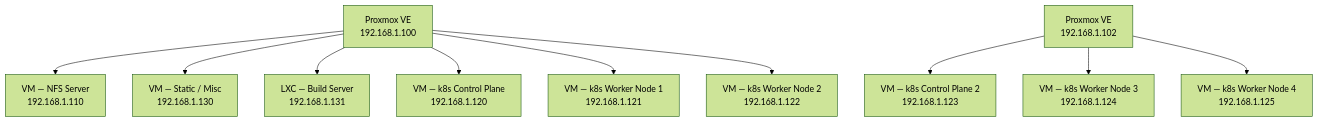
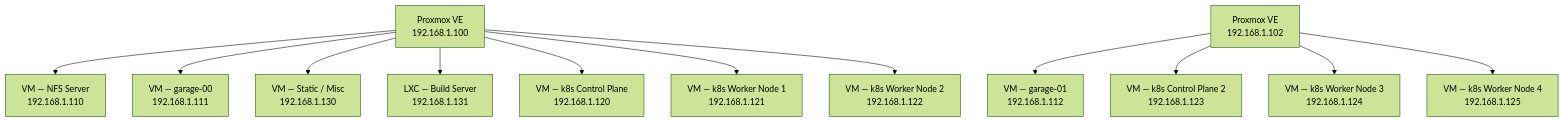
One commit to Ramphy0x90/r16a-infra changed the diagram in servers.md. Above: the diagram before and after it, drawn with Mermaid (forest theme). The commit also changed other lines of this file and 4 other files, not shown here.

````diff
--- a/servers.md
+++ b/servers.md
@@ -44,15 +44,17 @@
 ```mermaid
 graph TD
     PVE[Proxmox VE<br>192.168.1.100]
     PVE2[Proxmox VE<br>192.168.1.102]
 
     PVE --> NFS[VM — NFS Server<br>192.168.1.110]
+    PVE --> Garage0[VM — garage-00<br>192.168.1.111]
     PVE --> Static[VM — Static / Misc<br>192.168.1.130]
     PVE --> Build[LXC — Build Server<br>192.168.1.131]
     PVE --> CP[VM — k8s Control Plane<br>192.168.1.120]
     PVE --> W1[VM — k8s Worker Node 1<br>192.168.1.121]
     PVE --> W2[VM — k8s Worker Node 2<br>192.168.1.122]
+    PVE2 --> Garage1[VM — garage-01<br>192.168.1.112]
     PVE2 --> CP2[VM — k8s Control Plane 2<br>192.168.1.123]
     PVE2 --> W3[VM — k8s Worker Node 3<br>192.168.1.124]
     PVE2 --> W4[VM — k8s Worker Node 4<br>192.168.1.125]
 ```
````
